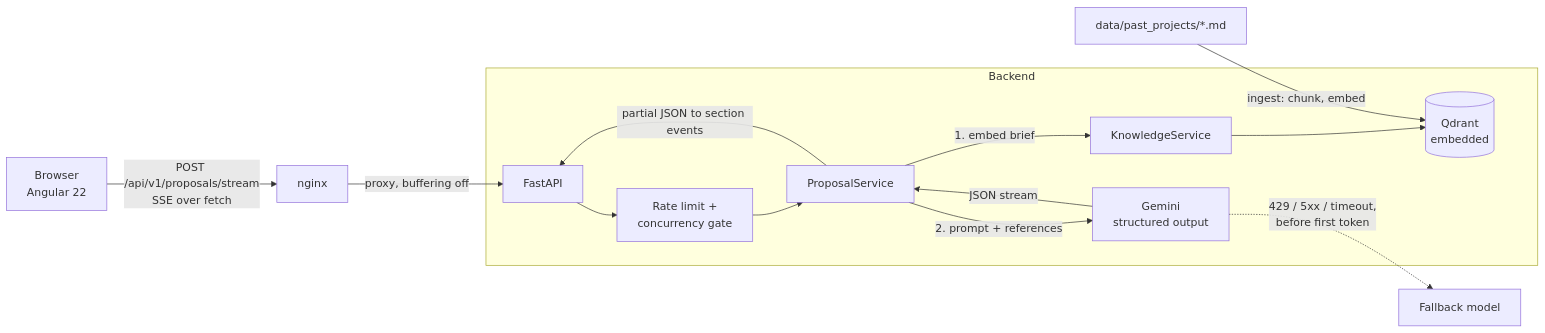
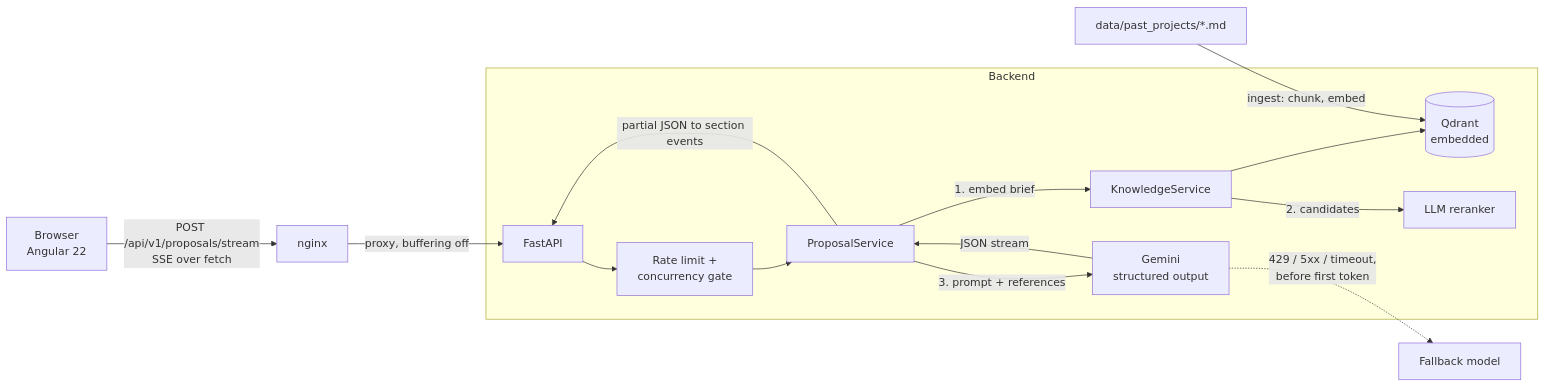
One commit to Volodymyr-Palchynskyi/rfp-copilot changed the diagram in README.md. Above: the diagram before and after it, drawn with Mermaid. The commit also changed other lines of this file and 27 other files, not shown here.

````diff
--- a/README.md
+++ b/README.md
@@ -23,18 +24,19 @@
 ```mermaid
 flowchart LR
     U[Browser<br/>Angular 22] -- "POST /api/v1/proposals/stream<br/>SSE over fetch" --> N[nginx]
     N -- "proxy, buffering off" --> API[FastAPI]
 
     subgraph Backend
         API --> RL[Rate limit +<br/>concurrency gate]
         RL --> PS[ProposalService]
         PS -- "1. embed brief" --> KS[KnowledgeService]
         KS --> Q[(Qdrant<br/>embedded)]
-        PS -- "2. prompt + references" --> G[Gemini<br/>structured output]
+        KS -- "2. candidates" --> RR[LLM reranker]
+        PS -- "3. prompt + references" --> G[Gemini<br/>structured output]
         G -- "JSON stream" --> PS
         PS -- "partial JSON to section events" --> API
     end
 
     KB[data/past_projects/*.md] -- "ingest: chunk, embed" --> Q
     G -. "429 / 5xx / timeout,<br/>before first token" .-> F[Fallback model]
 ```
````
